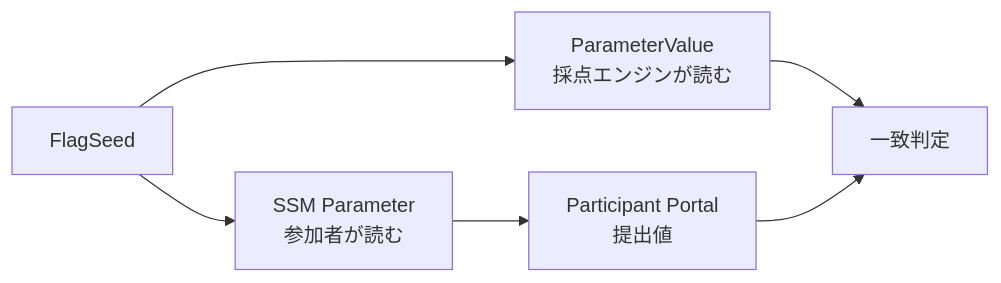
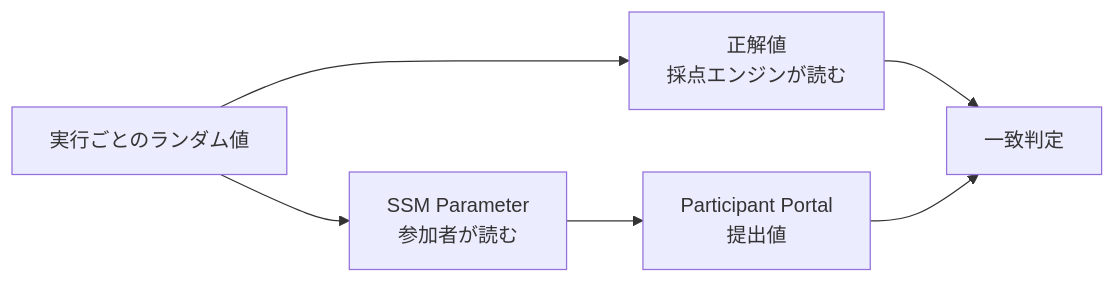
Before and after one commit to susumutomita/zenn-article: the diagram in books/cloud-competition/scoring-design.md, drawn with Mermaid. The commit also changed other lines of this file and 23 other files, not shown here.

````diff
--- a/books/cloud-competition/scoring-design.md
+++ b/books/cloud-competition/scoring-design.md
@@ -20,14 +20,14 @@
 ```mermaid
 flowchart LR
-    Seed["FlagSeed"]
+    Seed["実行ごとのランダム値"]
     Parameter["SSM Parameter<br/>参加者が読む"]
-    Output["ParameterValue<br/>採点エンジンが読む"]
+    Output["正解値<br/>採点エンジンが読む"]
     Portal["Participant Portal<br/>提出値"]
     Judge["一致判定"]
 
     Seed --> Parameter
     Seed --> Output
     Parameter --> Portal
     Output --> Judge
     Portal --> Judge
 ```
````
